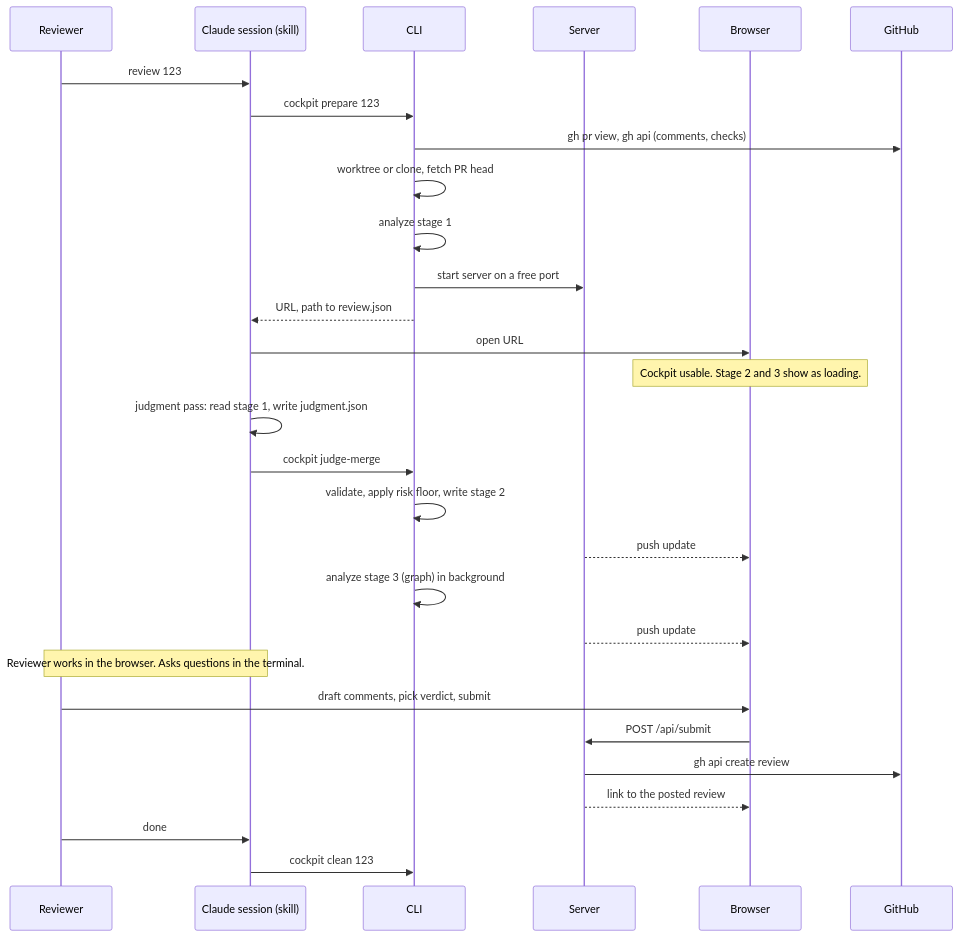
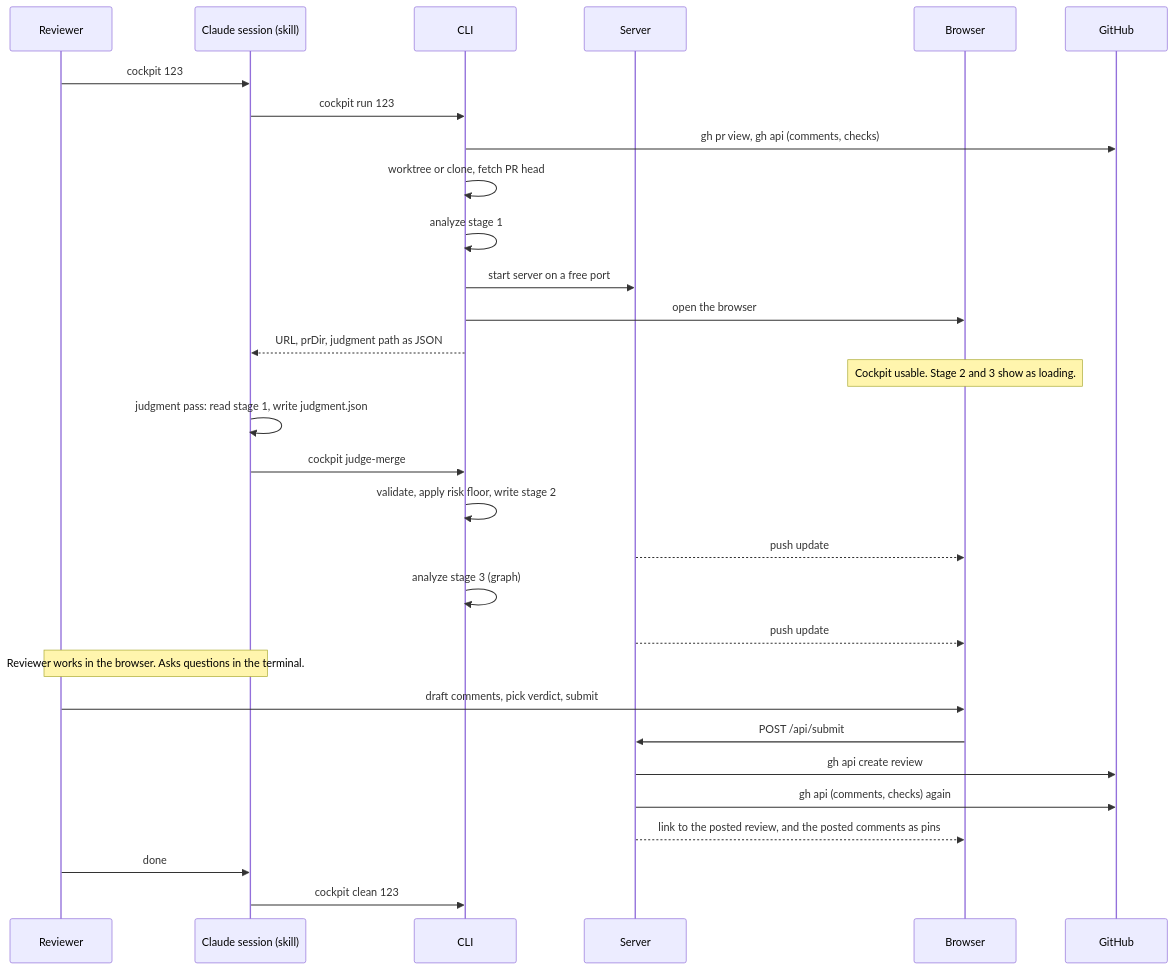
Before and after one commit to zalts1/pr-review-cockpit: the second of 2 diagrams in docs/02-architecture.md, drawn with Mermaid. The commit also changed other lines of this file and 5 other files, not shown here.

````diff
--- a/docs/02-architecture.md
+++ b/docs/02-architecture.md
@@ -74,32 +74,33 @@
 ```mermaid
 sequenceDiagram
   participant R as Reviewer
   participant K as Claude session (skill)
   participant C as CLI
   participant S as Server
   participant B as Browser
   participant G as GitHub
 
-  R->>K: review 123
-  K->>C: cockpit prepare 123
+  R->>K: cockpit 123
+  K->>C: cockpit run 123
   C->>G: gh pr view, gh api (comments, checks)
   C->>C: worktree or clone, fetch PR head
   C->>C: analyze stage 1
   C->>S: start server on a free port
-  C-->>K: URL, path to review.json
-  K->>B: open URL
+  C->>B: open the browser
+  C-->>K: URL, prDir, judgment path as JSON
   Note over B: Cockpit usable. Stage 2 and 3 show as loading.
   K->>K: judgment pass: read stage 1, write judgment.json
   K->>C: cockpit judge-merge
   C->>C: validate, apply risk floor, write stage 2
   S-->>B: push update
-  C->>C: analyze stage 3 (graph) in background
+  C->>C: analyze stage 3 (graph)
   S-->>B: push update
   Note over R,K: Reviewer works in the browser. Asks questions in the terminal.
   R->>B: draft comments, pick verdict, submit
   B->>S: POST /api/submit
   S->>G: gh api create review
-  S-->>B: link to the posted review
+  S->>G: gh api (comments, checks) again
+  S-->>B: link to the posted review, and the posted comments as pins
   R->>K: done
   K->>C: cockpit clean 123
 ```
````
